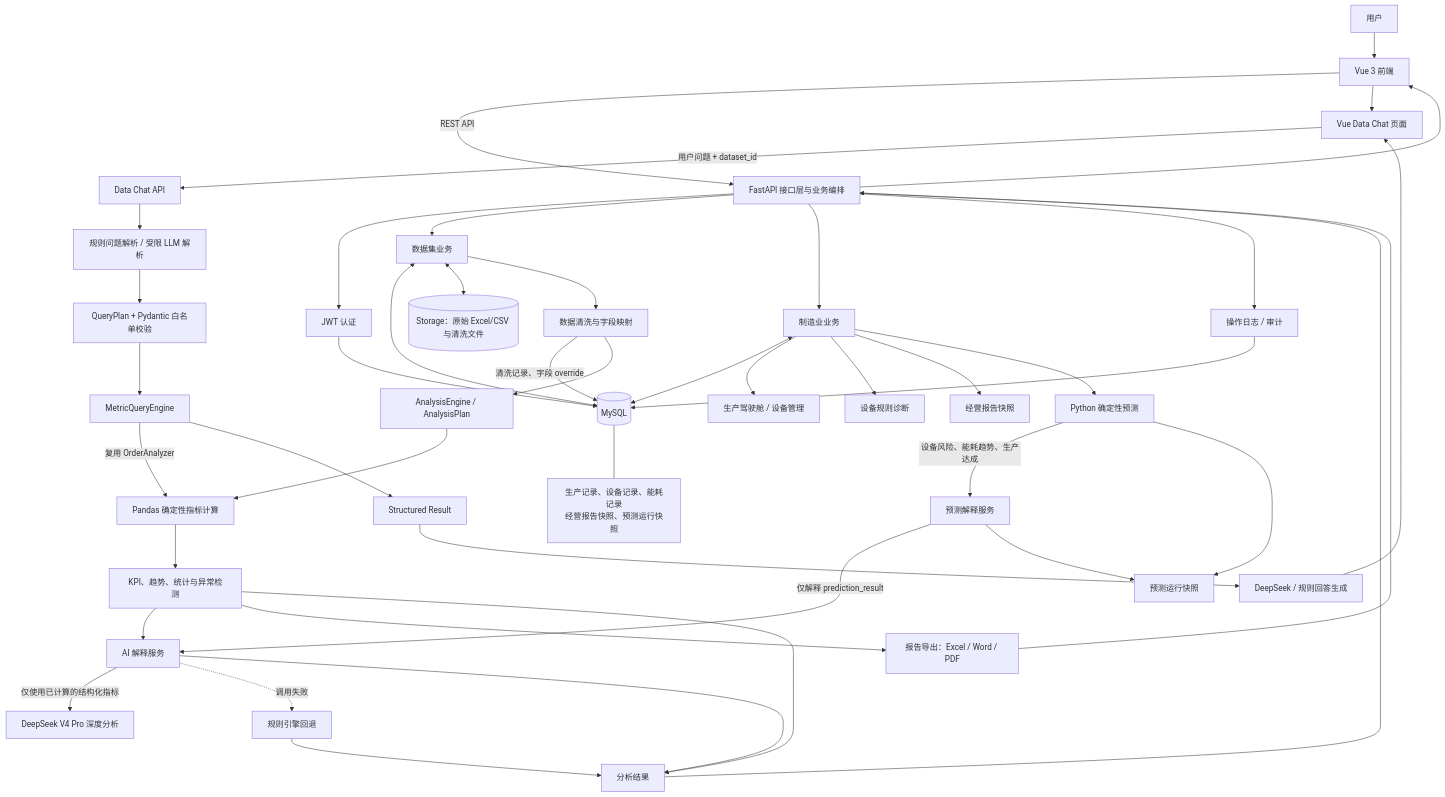
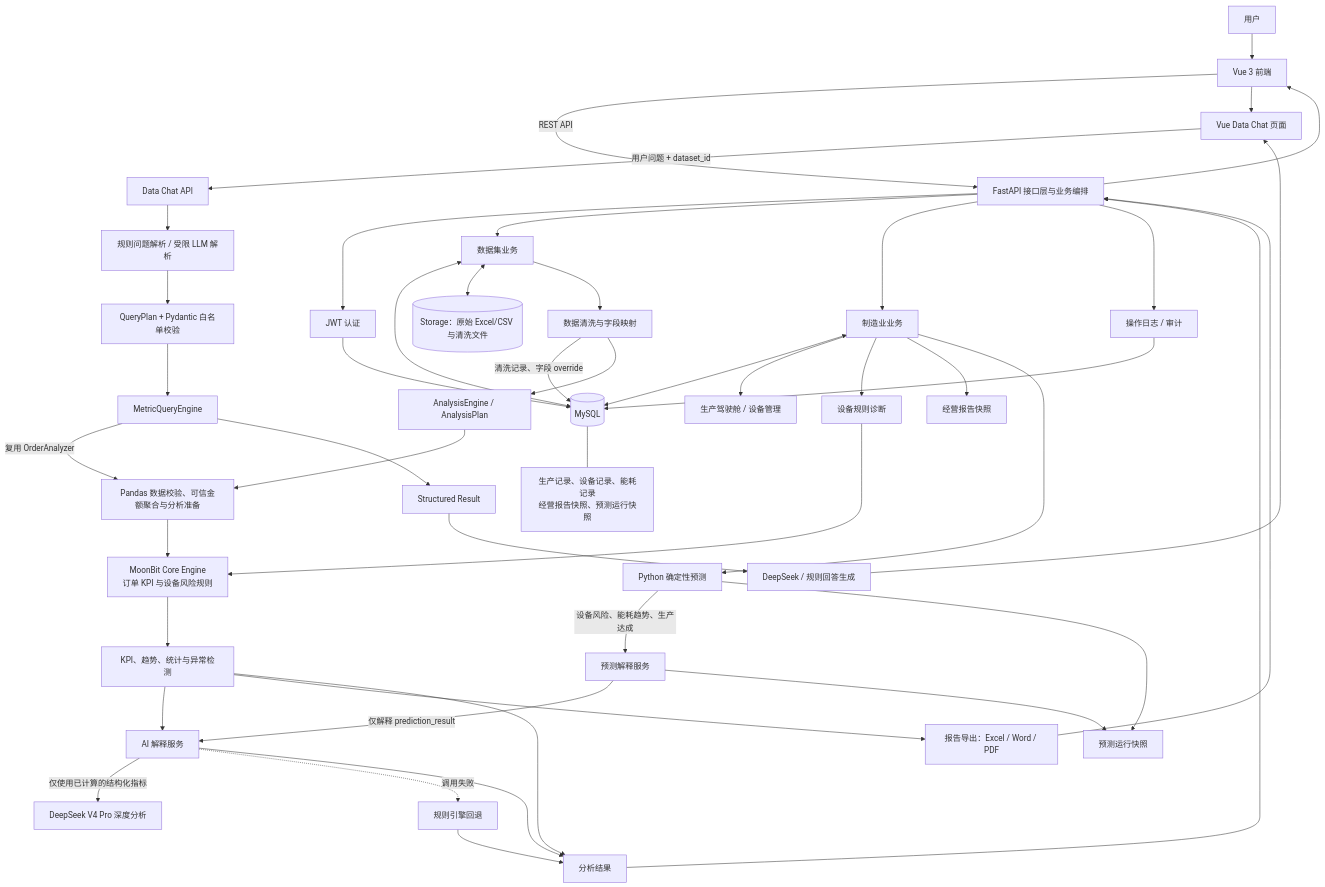
One commit to ican0506/ai-business-data-analysis-assistant changed the diagram in README.md. Above: the diagram before and after it, drawn with Mermaid. The commit also changed other lines of this file and 203 other files, not shown here.

Commit message:
feat: integrate MoonBit KPI and equipment risk engine

````diff
--- a/README.md
+++ b/README.md
@@ -30,54 +32,56 @@
 ```mermaid
 flowchart TD
   U[用户] --> V[Vue 3 前端]
   V -->|REST API| F[FastAPI 接口层与业务编排]
 
   F --> J[JWT 认证]
   F --> D[数据集业务]
   F --> MF[制造业业务]
   F --> O[操作日志 / 审计]
   J --> M[(MySQL)]
   D <--> M
   MF <--> M
   O --> M
 
   M --- MT[生产记录、设备记录、能耗记录<br/>经营报告快照、预测运行快照]
 
   D <--> S[(Storage：原始 Excel/CSV 与清洗文件)]
   D --> C[数据清洗与字段映射]
   C -->|清洗记录、字段 override| M
   C --> E[AnalysisEngine / AnalysisPlan]
-  E --> P[Pandas 确定性指标计算]
-  P --> K[KPI、趋势、统计与异常检测]
+  E --> P[Pandas 数据校验、可信金额聚合与分析准备]
+  P --> MB[MoonBit Core Engine<br/>订单 KPI 与设备风险规则]
+  MB --> K[KPI、趋势、统计与异常检测]
 
   V --> DC[Vue Data Chat 页面]
   DC -->|用户问题 + dataset_id| DQ[Data Chat API]
   DQ --> QI[规则问题解析 / 受限 LLM 解析]
   QI --> QP[QueryPlan + Pydantic 白名单校验]
   QP --> MQ[MetricQueryEngine]
   MQ -->|复用 OrderAnalyzer| P
   MQ --> SR[Structured Result]
   SR --> AG[DeepSeek / 规则回答生成]
   AG --> DC
 
   K --> A[AI 解释服务]
   A -->|仅使用已计算的结构化指标| DS[DeepSeek V4 Pro 深度分析]
   A -. 调用失败 .-> RF[规则引擎回退]
   K --> R[报告导出：Excel / Word / PDF]
 
   MF --> MD[生产驾驶舱 / 设备管理]
   MF --> ED[设备规则诊断]
+  ED --> MB
   MF --> BP[经营报告快照]
   MF --> FP[Python 确定性预测]
   FP -->|设备风险、能耗趋势、生产达成| PE[预测解释服务]
   PE -->|仅解释 prediction_result| A
   FP --> PR[预测运行快照]
   PE --> PR
 
   A --> X[分析结果]
   RF --> X
   K --> X
   X --> F
   R --> F
   F --> V
 ```
````
